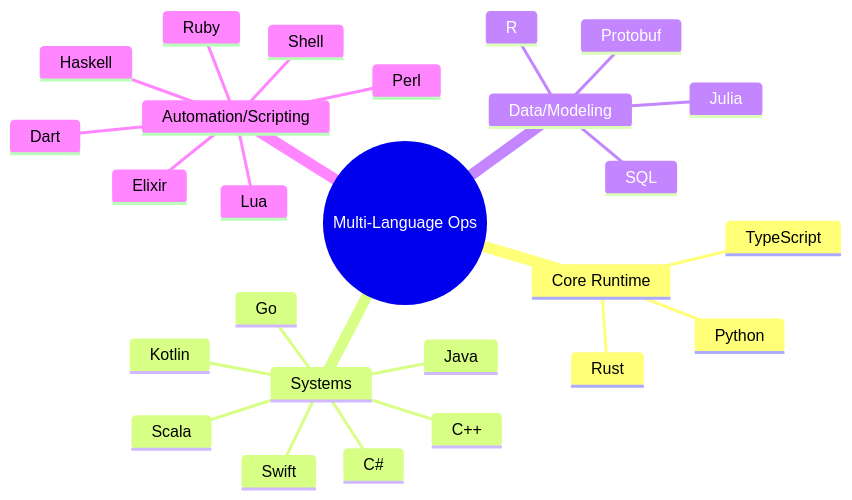
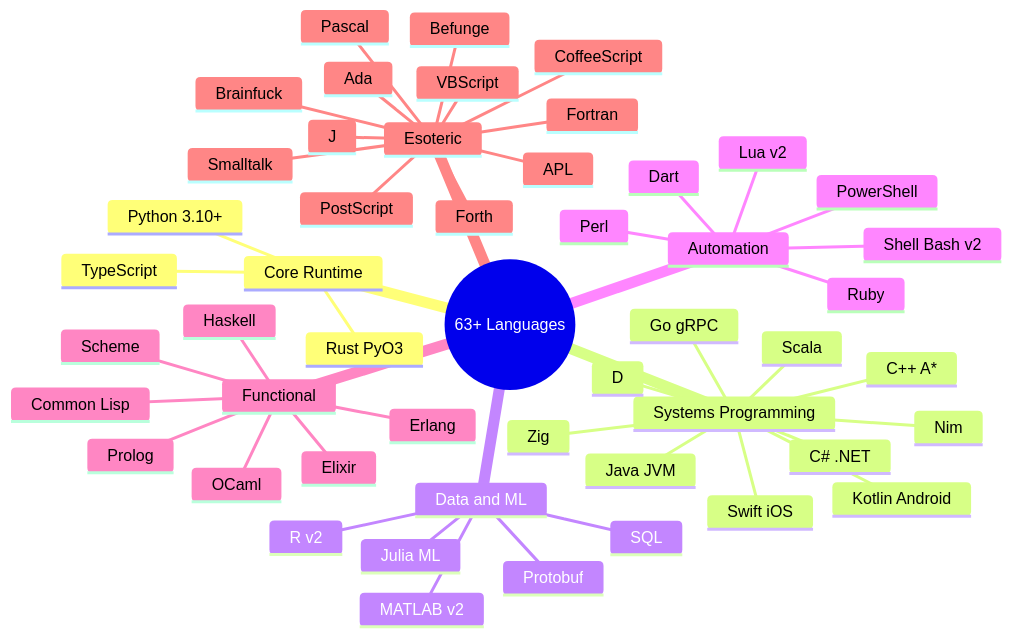
Before and after one commit to sun475300-sudo/Swarm-control-in-sc2bot: the tenth of 29 diagrams in README.md, drawn with Mermaid. The commit also changed other lines of this file, not shown here.

````diff
--- a/README.md
+++ b/README.md
@@ -653,29 +477,53 @@
 ```mermaid
 mindmap
-    root((Multi-Language Ops))
+    root((63+ Languages))
         Core Runtime
-            Python
-            Rust
+            Python 3.10+
+            Rust PyO3
             TypeScript
-        Systems
-            C++
-            Go
-            Java
-            Kotlin
-            Swift
-            C#
+        Systems Programming
+            C++ A*
+            Go gRPC
+            Java JVM
+            Kotlin Android
+            Swift iOS
+            C# .NET
             Scala
-        Data/Modeling
-            R
-            Julia
+            Zig
+            Nim
+            D
+        Data and ML
+            R v2
+            Julia ML
+            MATLAB v2
             SQL
             Protobuf
-        Automation/Scripting
-            Shell
+        Automation
+            Shell Bash v2
+            PowerShell
             Perl
             Ruby
-            Lua
+            Lua v2
             Dart
+        Functional
             Haskell
             Elixir
+            Scheme
+            Common Lisp
+            Prolog
+            OCaml
+            Erlang
+        Esoteric
+            APL
+            J
+            Forth
+            PostScript
+            Brainfuck
+            Befunge
+            Smalltalk
+            CoffeeScript
+            VBScript
+            Ada
+            Fortran
+            Pascal
 ```
````
